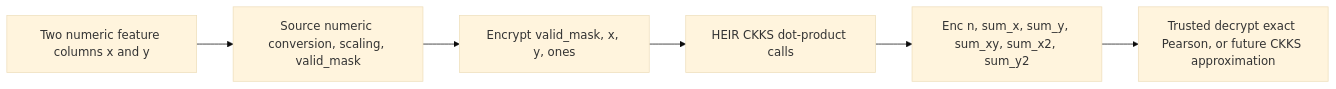
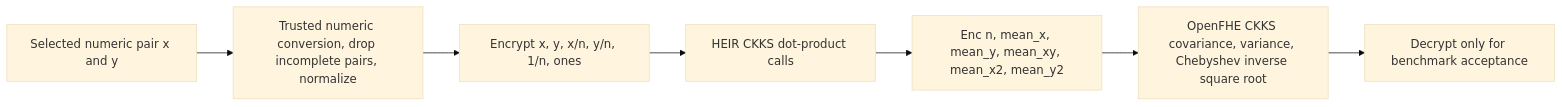
The fourth of 6 diagrams in docs/diagram.md (Nhatcao1/he_uc_lending), drawn with Mermaid (base theme) before and after one commit. The commit also changed other lines of this file and 6 other files, not shown here.

Commit message:
Add HEIR CKKS full Pearson pair benchmark

````diff
--- a/docs/diagram.md
+++ b/docs/diagram.md
@@ -96,8 +99,9 @@
 ```mermaid
 flowchart LR
-    A[Two numeric feature columns x and y] --> B[Source numeric conversion, scaling, valid_mask]
-    B --> C[Encrypt valid_mask, x, y, ones]
+    A[Selected numeric pair x and y] --> B[Trusted numeric conversion, drop incomplete pairs, normalize]
+    B --> C[Encrypt x, y, x/n, y/n, 1/n, ones]
     C --> D[HEIR CKKS dot-product calls]
-    D --> E[Enc n, sum_x, sum_y, sum_xy, sum_x2, sum_y2]
-    E --> F[Trusted decrypt exact Pearson, or future CKKS approximation]
+    D --> E[Enc n, mean_x, mean_y, mean_xy, mean_x2, mean_y2]
+    E --> F[OpenFHE CKKS covariance, variance, Chebyshev inverse square root]
+    F --> G[Decrypt only for benchmark acceptance]
 ```
````
